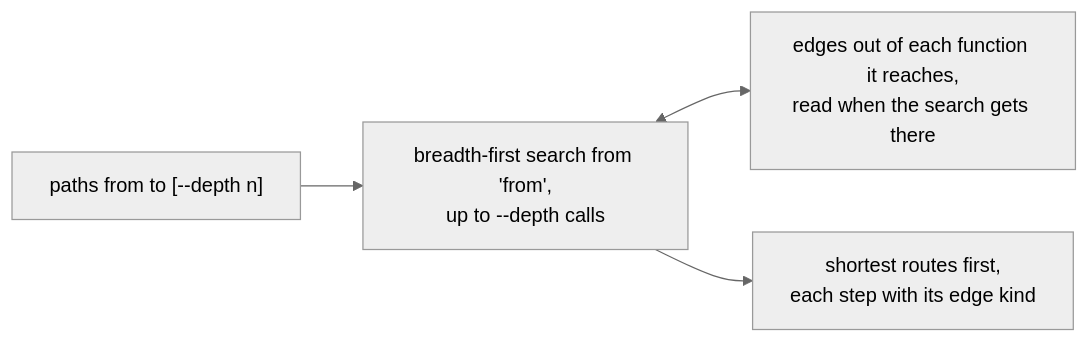
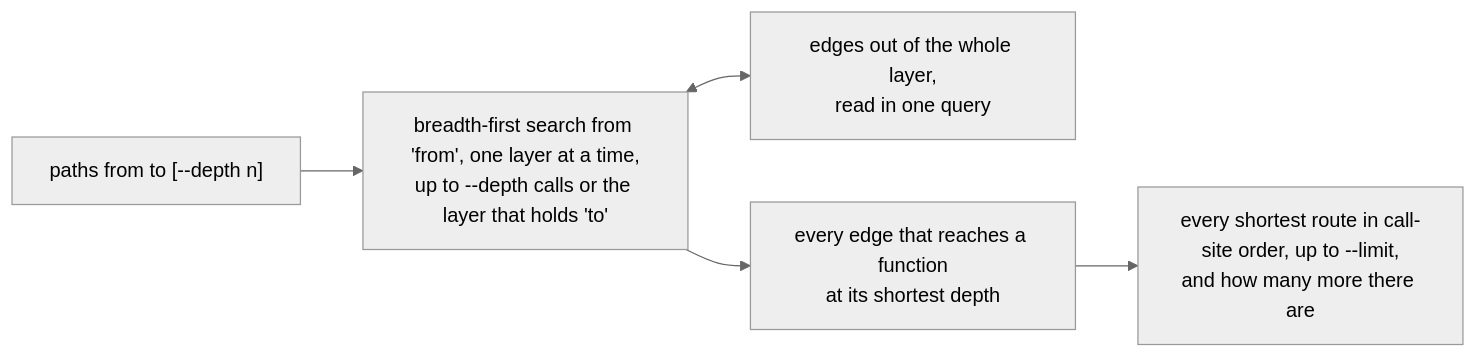
Before and after one commit to diptanilsaha/frappe-ast: diagram 20 of 26 in docs/how-it-works.md, drawn with Mermaid (neutral theme). The commit also changed other lines of this file and 32 other files, not shown here.

Commit message:
fix: all shortest paths, field write refs, and flows through self and call returns (#11, #12, #13, #14)

````diff
--- a/docs/how-it-works.md
+++ b/docs/how-it-works.md
@@ -326,6 +329,7 @@
 ```mermaid
 flowchart LR
-  a["paths from to [--depth n]"] --> bfs["breadth-first search from 'from',<br/>up to --depth calls"]
-  bfs <--> g["edges out of each function it reaches,<br/>read when the search gets there"]
-  bfs --> out["shortest routes first,<br/>each step with its edge kind"]
+  a["paths from to [--depth n]"] --> bfs["breadth-first search from 'from', one layer at a time,<br/>up to --depth calls or the layer that holds 'to'"]
+  bfs <--> g["edges out of the whole layer,<br/>read in one query"]
+  bfs --> dag["every edge that reaches a function<br/>at its shortest depth"]
+  dag --> out["every shortest route in call-site order, up to --limit,<br/>and how many more there are"]
 ```
````
